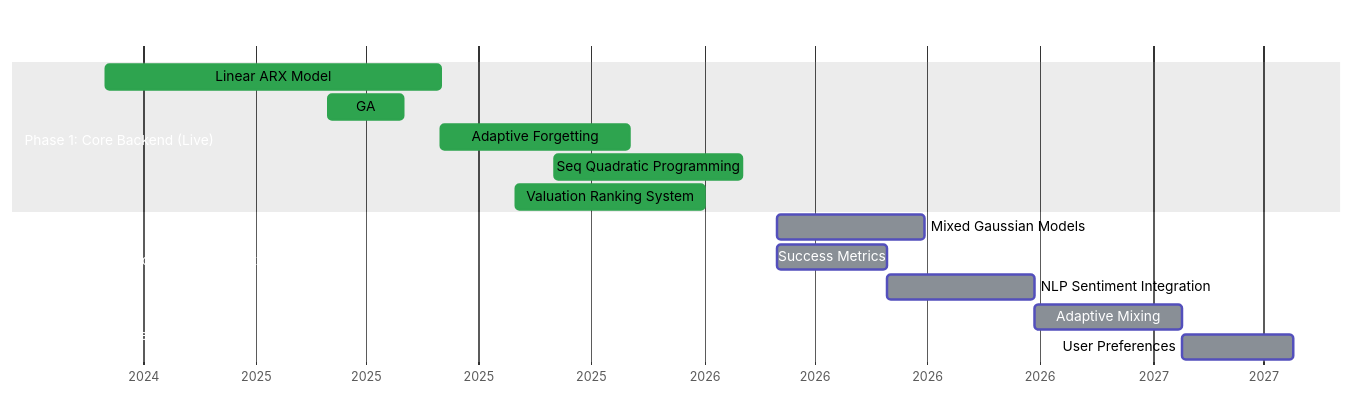
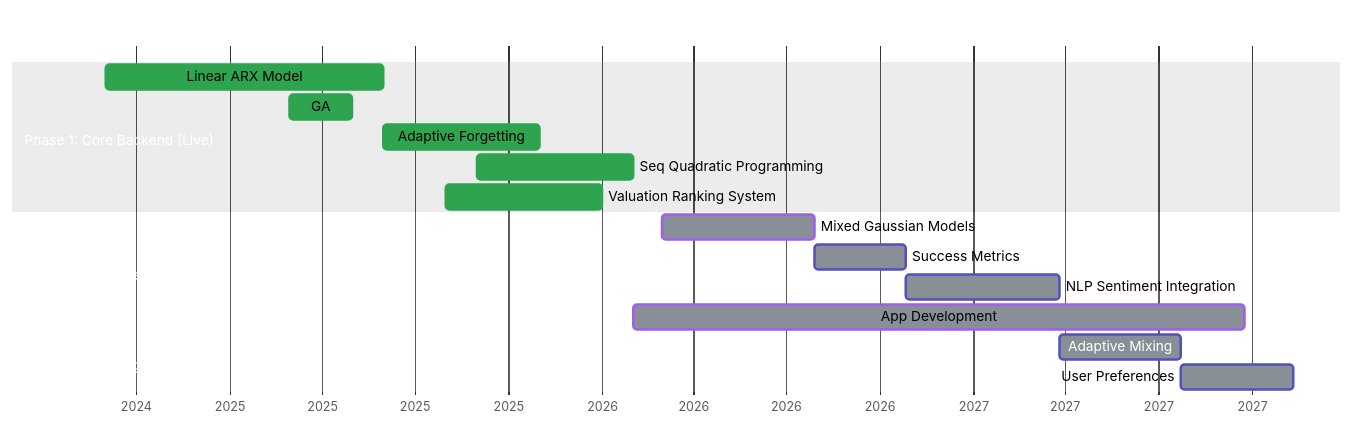
The diagram in README.md (ProchTomas/ResearchProject), drawn with Mermaid before and after one commit.

````diff
--- a/README.md
+++ b/README.md
@@ -1,45 +1,46 @@
 ```mermaid
 %%{init: { 
   'themeVariables': {
     'primaryColor': '#7A7A7A',
     'primaryTextColor': '#24292e',
     'primaryBorderColor': '#d1d5da',
     'lineColor': '#f03a17',
     'secondaryColor': '#fff',
     'tertiaryColor': '#fff',
     
     'titleColor': '#fff',
     'sectionBkgColor': '#A1A1A1',
     'sectionBkgColor2': '#fff',
     
     'taskBkgColor': '#898F96',
     'taskTextLightColor': '#24292e',
     
     'doneTaskBkgColor': '#2ea44f',
     'doneTaskBorderColor': '#2ea44f',
     
-    'activeTaskBkgColor': '#0969da',
-    'activeTaskBorderColor': '#0969da'
+    'activeTaskBkgColor': '#898F96',
+    'activeTaskBorderColor': '#A15CF2'
   }
 } }%%
 gantt
     title Portfolio Optimization Roadmap
     dateFormat  YYYY-MM-DD
     axisFormat  %Y
     
     section Phase 1: Core Backend (Live)
     Linear ARX Model           :done,    des1, 2024-09-01, 2025-06-01
     GA                         :done,    des2, 2025-03-01, 2025-05-01
     Adaptive Forgetting        :done,    des3, 2025-06-01, 2025-11-01
     Seq Quadratic Programming  :done,    des4, 2025-09-01, 2026-02-01
     Valuation Ranking System   :done,    des5, 2025-08-01, 2026-01-01
 
     section Phase 2: Advanced Intelligence (Next)
-    Mixed Gaussian Models      :active    p2a, 2026-03-01, 120d
-    Success Metrics            :          p2b, after p2a, 90d
-    NLP Sentiment Integration  :          p2c, after p2b, 120d
+    Mixed Gaussian Models      :active,    p2a, 2026-03-01, 150d
+    Success Metrics            :           p2b, after p2a, 90d
+    NLP Sentiment Integration  :           p2c, after p2b, 150d
+    App Development            :active,    p2d, 2026-02-01, 600d
 
     section Phase 3: Convergence (Future)
     Adaptive Mixing            :         p3a, after p2c, 120d
-    User Preferences           :         p3b, after p3a, 90d
+    User Preferences           :         p3b, after p3a, 110d
 ```
````
